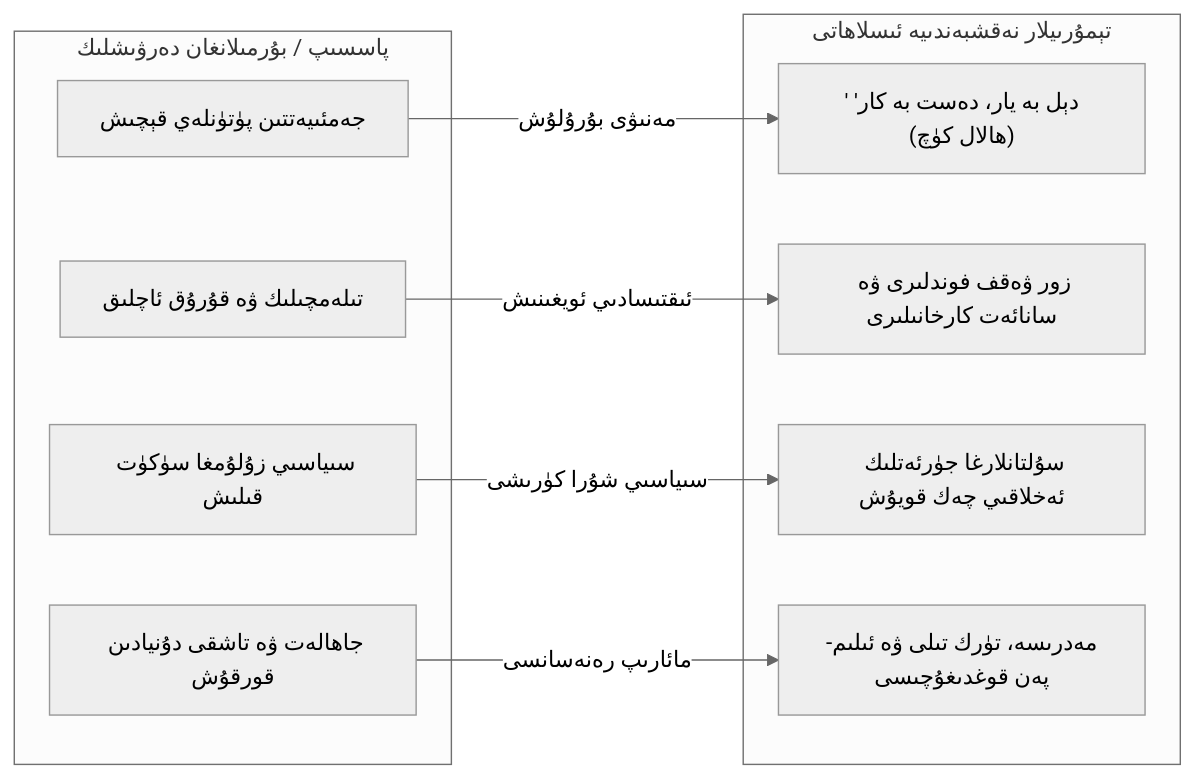
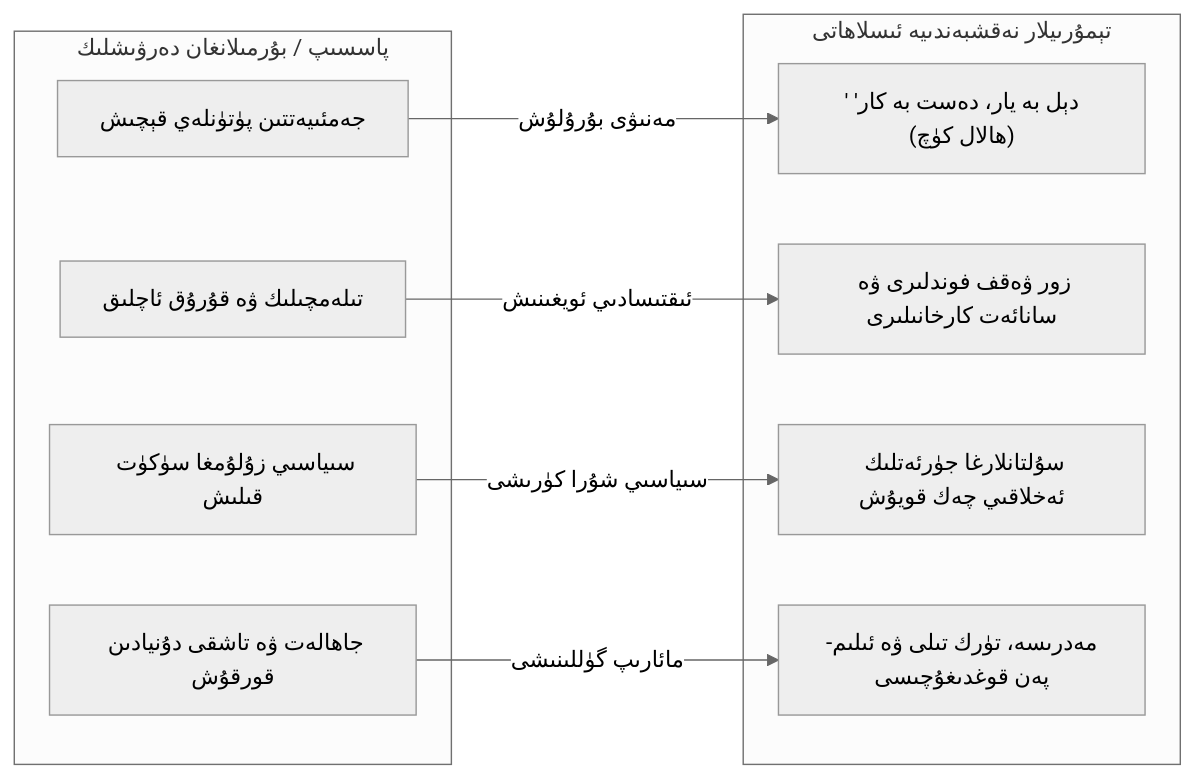
Before and after one commit to UyCoder/paydilar: the fourth of 4 diagrams in _posts/2026-10-17-Temuriylar-Dewride-Turkistan-Tesewwufi-We-Siyasiy-Ibretler.md, drawn with Mermaid (neutral theme). The commit also changed other lines of this file and 1 other file, not shown here.

````diff
--- a/_posts/2026-10-17-Temuriylar-Dewride-Turkistan-Tesewwufi-We-Siyasiy-Ibretler.md
+++ b/_posts/2026-10-17-Temuriylar-Dewride-Turkistan-Tesewwufi-We-Siyasiy-Ibretler.md
@@ -218,21 +225,21 @@
 ```mermaid
 flowchart LR
     subgraph Old["پاسسىپ / بۇرمىلانغان دەرۋىشلىك"]
         O1["جەمئىيەتتىن پۈتۈنلەي قېچىش"]
         O2["تىلەمچىلىك ۋە قۇرۇق ئاچلىق"]
         O3["سىياسىي زۇلۇمغا سۈكۈت قىلىش"]
         O4["جاھالەت ۋە تاشقى دۇنيادىن قورقۇش"]
     end
 
     subgraph New["تېمۇرىيلار نەقشبەندىيە ئىسلاھاتى"]
         N1["'دېل بە يار، دەست بە كار' (ھالال كۈچ)"]
         N2["زور ۋەقف فوندلىرى ۋە سانائەت كارخانىلىرى"]
         N3["سۇلتانلارغا جۈرئەتلىك ئەخلاقىي چەك قويۇش"]
         N4["مەدرىسە، تۈرك تىلى ۋە ئىلىم-پەن قوغدىغۇچىسى"]
     end
 
     O1 -->|"مەنىۋى بۇرۇلۇش"| N1
     O2 -->|"ئىقتىسادىي ئويغىنىش"| N2
     O3 -->|"سىياسىي شۇرا كۈرىشى"| N3
-    O4 -->|"مائارىپ رەنەسانسى"| N4
+    O4 -->|"مائارىپ گۈللىنىشى"| N4
 ```
````
